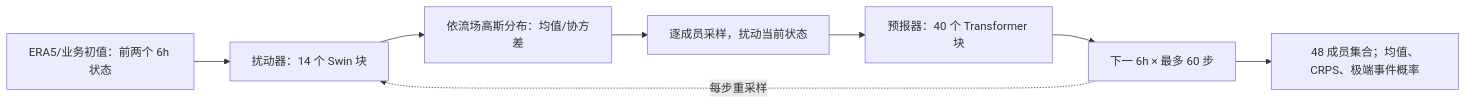
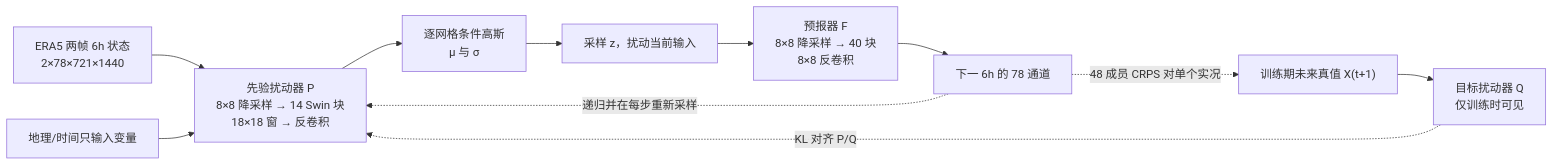
Before and after one commit to morestart/weather-dl-paper-notes: the diagram in notes/medium-range/39-fuxi-ens.md, drawn with Mermaid. The commit also changed other lines of this file and 2 other files, not shown here.

````diff
--- a/notes/medium-range/39-fuxi-ens.md
+++ b/notes/medium-range/39-fuxi-ens.md
@@ -13,10 +37,13 @@
 ```mermaid
 flowchart LR
-  A["ERA5/业务初值：前两个 6h 状态"] --> B["扰动器：14 个 Swin 块"]
-  B --> C["依流场高斯分布：均值/协方差"]
-  C --> D["逐成员采样，扰动当前状态"]
-  D --> E["预报器：40 个 Transformer 块"]
-  E --> F["下一 6h × 最多 60 步"]
-  F -. "每步重采样" .-> B
-  F --> G["48 成员集合；均值、CRPS、极端事件概率"]
+  A["ERA5 两帧 6h 状态<br/>2×78×721×1440"] --> P["先验扰动器 P<br/>8×8 降采样 → 14 Swin 块<br/>18×18 窗 → 反卷积"]
+  C["地理/时间只输入变量"] --> P
+  P --> N["逐网格条件高斯<br/>μ 与 σ"]
+  N --> S["采样 z，扰动当前输入"]
+  S --> F["预报器 F<br/>8×8 降采样 → 40 块<br/>8×8 反卷积"]
+  F --> Y["下一 6h 的 78 通道"]
+  Y -. "递归并在每步重新采样" .-> P
+  T["训练期未来真值 X(t+1)"] --> Q["目标扰动器 Q<br/>仅训练时可见"]
+  Q -. "KL 对齐 P/Q" .-> P
+  Y -. "48 成员 CRPS 对单个实况" .-> T
 ```
````
